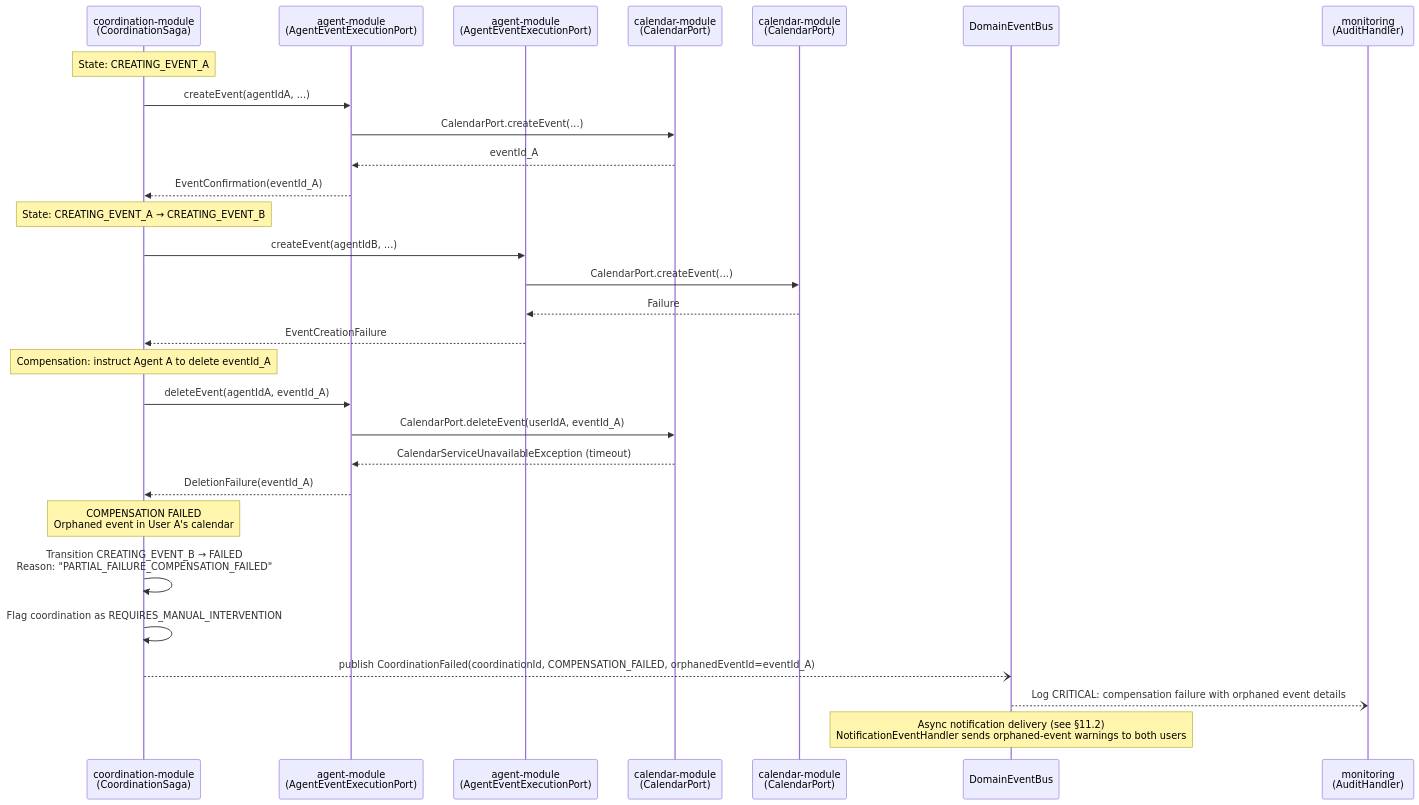
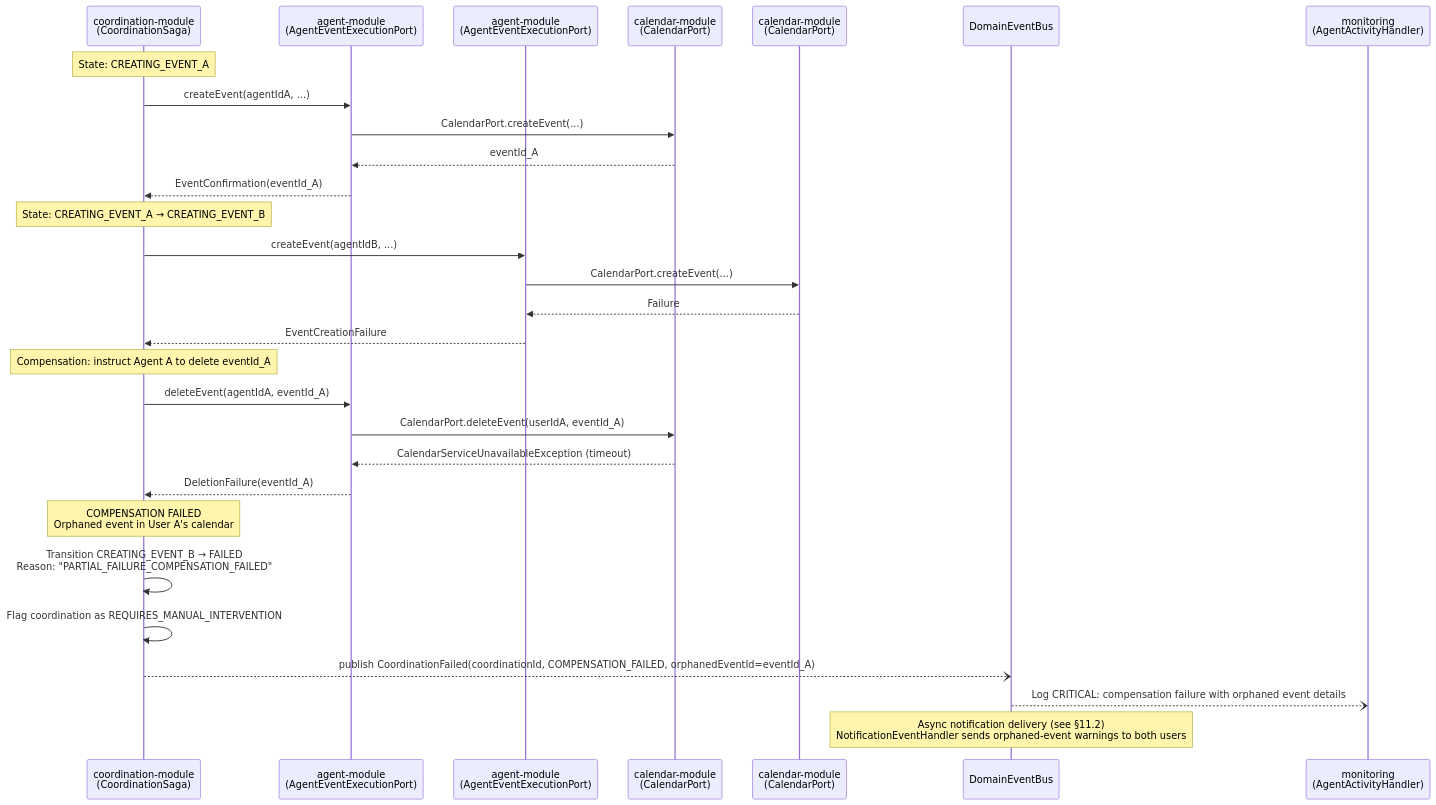
Diagram 15 of 25 in documentation/arcs42/06-runtime-view.md (TanmayZade/CoAgent4U), drawn with Mermaid before and after one commit. The commit also changed other lines of this file and 90 other files, not shown here.

Commit message:
refactor: globally rename Audit Log to Agent Activity

````diff
--- a/documentation/arcs42/06-runtime-view.md
+++ b/documentation/arcs42/06-runtime-view.md
@@ -774,40 +774,40 @@
 ```mermaid
 sequenceDiagram
     participant Coord as coordination-module<br/>(CoordinationSaga)
     participant AgentA as agent-module<br/>(AgentEventExecutionPort)
     participant AgentB as agent-module<br/>(AgentEventExecutionPort)
     participant CalA as calendar-module<br/>(CalendarPort)
     participant CalB as calendar-module<br/>(CalendarPort)
     participant EventBus as DomainEventBus
-    participant Audit as monitoring<br/>(AuditHandler)
+    participant AgentActivity as monitoring<br/>(AgentActivityHandler)
 
     Note over Coord: State: CREATING_EVENT_A
 
     Coord->>AgentA: createEvent(agentIdA, ...)
     AgentA->>CalA: CalendarPort.createEvent(...)
     CalA-->>AgentA: eventId_A
     AgentA-->>Coord: EventConfirmation(eventId_A)
 
     Note over Coord: State: CREATING_EVENT_A → CREATING_EVENT_B
 
     Coord->>AgentB: createEvent(agentIdB, ...)
     AgentB->>CalB: CalendarPort.createEvent(...)
     CalB-->>AgentB: Failure
     AgentB-->>Coord: EventCreationFailure
 
     Note over Coord: Compensation: instruct Agent A to delete eventId_A
     Coord->>AgentA: deleteEvent(agentIdA, eventId_A)
     AgentA->>CalA: CalendarPort.deleteEvent(userIdA, eventId_A)
     CalA-->>AgentA: CalendarServiceUnavailableException (timeout)
     AgentA-->>Coord: DeletionFailure(eventId_A)
 
     Note over Coord: COMPENSATION FAILED<br/>Orphaned event in User A's calendar
 
     Coord->>Coord: Transition CREATING_EVENT_B → FAILED<br/>Reason: "PARTIAL_FAILURE_COMPENSATION_FAILED"
     Coord->>Coord: Flag coordination as REQUIRES_MANUAL_INTERVENTION
 
     Coord--)EventBus: publish CoordinationFailed(coordinationId, COMPENSATION_FAILED, orphanedEventId=eventId_A)
-    EventBus--)Audit: Log CRITICAL: compensation failure with orphaned event details
+    EventBus--)AgentActivity: Log CRITICAL: compensation failure with orphaned event details
 
     Note over EventBus: Async notification delivery (see §11.2)<br/>NotificationEventHandler sends orphaned-event warnings to both users
 ```
````
